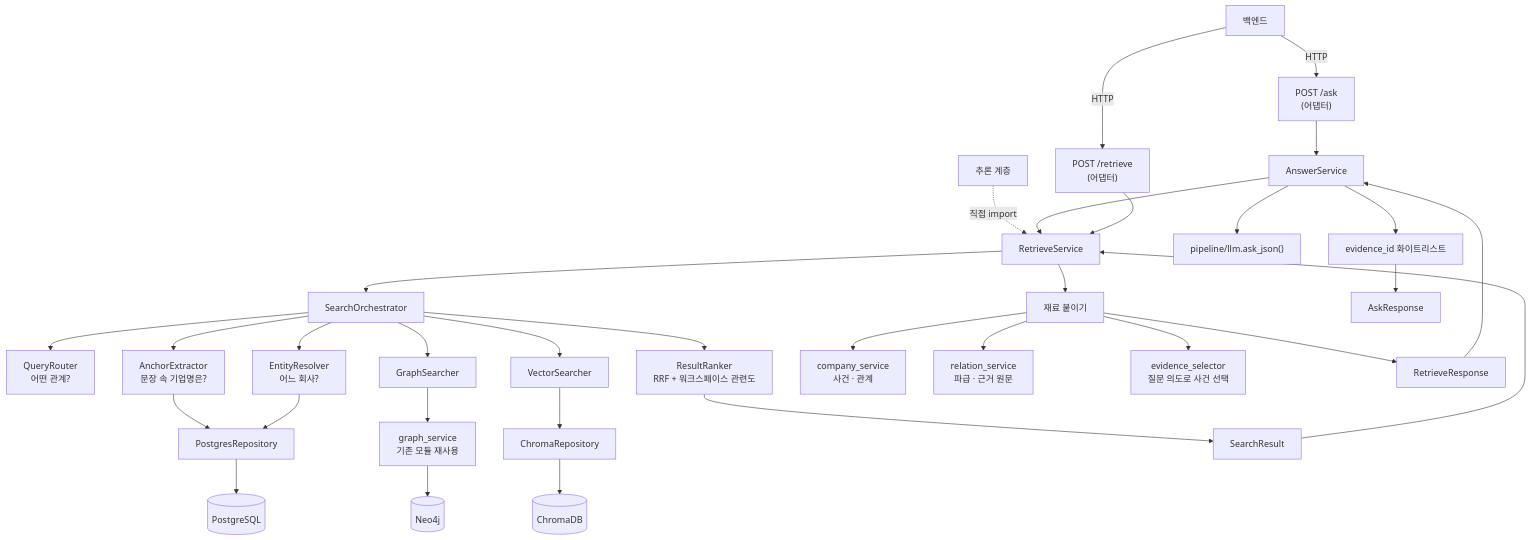
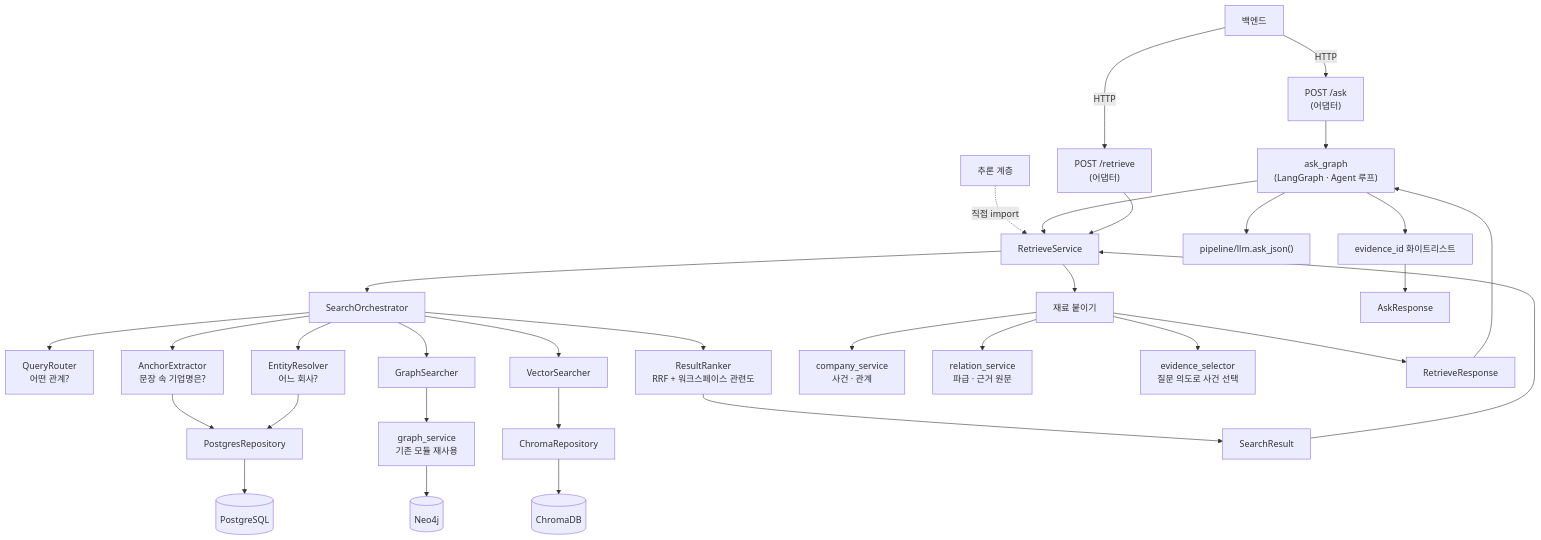
The diagram in docs/BizNode_Search_Layer_설계.md (Biz-Node/BizNode-AI-Data), drawn with Mermaid before and after one commit. The commit also changed other lines of this file and 3 other files, not shown here.

````diff
--- a/docs/BizNode_Search_Layer_설계.md
+++ b/docs/BizNode_Search_Layer_설계.md
@@ -182,38 +199,38 @@
 ```mermaid
 flowchart TD
     BE["백엔드"] -->|HTTP| ASK["POST /ask<br/>(어댑터)"]
     BE -->|HTTP| RT["POST /retrieve<br/>(어댑터)"]
     INF["추론 계층"] -.->|직접 import| RS
-    ASK --> AS["AnswerService"]
+    ASK --> AS["ask_graph<br/>(LangGraph · Agent 루프)"]
     AS --> RS["RetrieveService"]
     RT --> RS
 
     RS --> ORCH["SearchOrchestrator"]
     ORCH --> QR["QueryRouter<br/>어떤 관계?"]
     ORCH --> AE["AnchorExtractor<br/>문장 속 기업명은?"]
     ORCH --> ER["EntityResolver<br/>어느 회사?"]
     ORCH --> GS["GraphSearcher"]
     ORCH --> VS["VectorSearcher"]
     ORCH --> RR["ResultRanker<br/>RRF + 워크스페이스 관련도"]
 
     AE --> PG["PostgresRepository"]
     ER --> PG
     PG --> PGDB[(PostgreSQL)]
     GS --> GSVC["graph_service<br/>기존 모듈 재사용"]
     GSVC --> NEO[(Neo4j)]
     VS --> CR["ChromaRepository"]
     CR --> CH[(ChromaDB)]
 
     RR --> SR["SearchResult"]
     SR --> RS
 
     RS --> ENR["재료 붙이기"]
     ENR --> CS["company_service<br/>사건 · 관계"]
     ENR --> RSVC["relation_service<br/>파급 · 근거 원문"]
     ENR --> ESEL["evidence_selector<br/>질문 의도로 사건 선택"]
     ENR --> RESP["RetrieveResponse"]
     RESP --> AS
     AS --> LLM["pipeline/llm.ask_json()"]
     AS --> WL["evidence_id 화이트리스트"]
     WL --> ARESP["AskResponse"]
 ```
````
